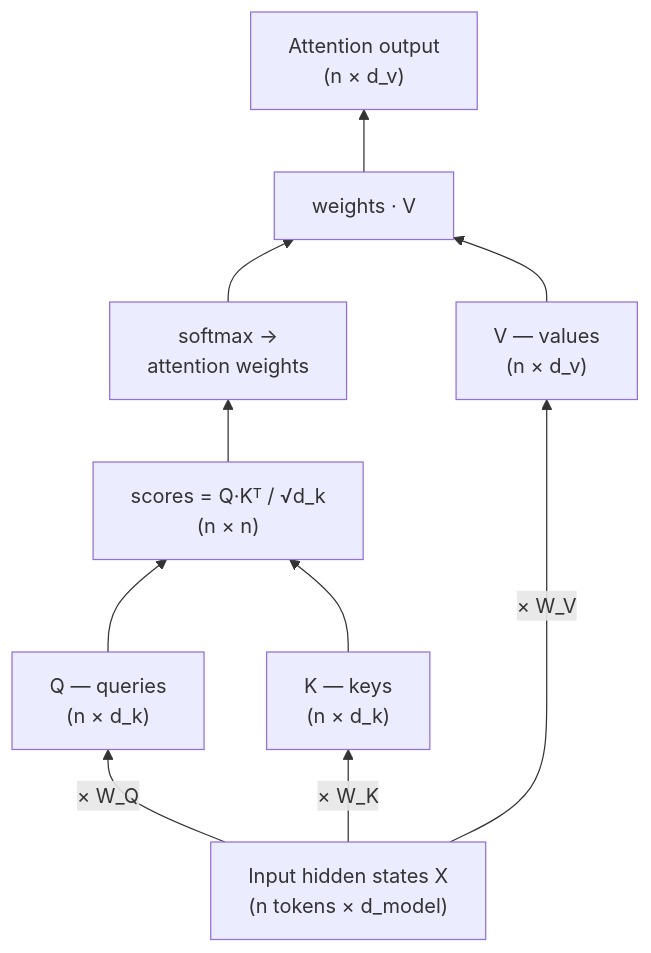
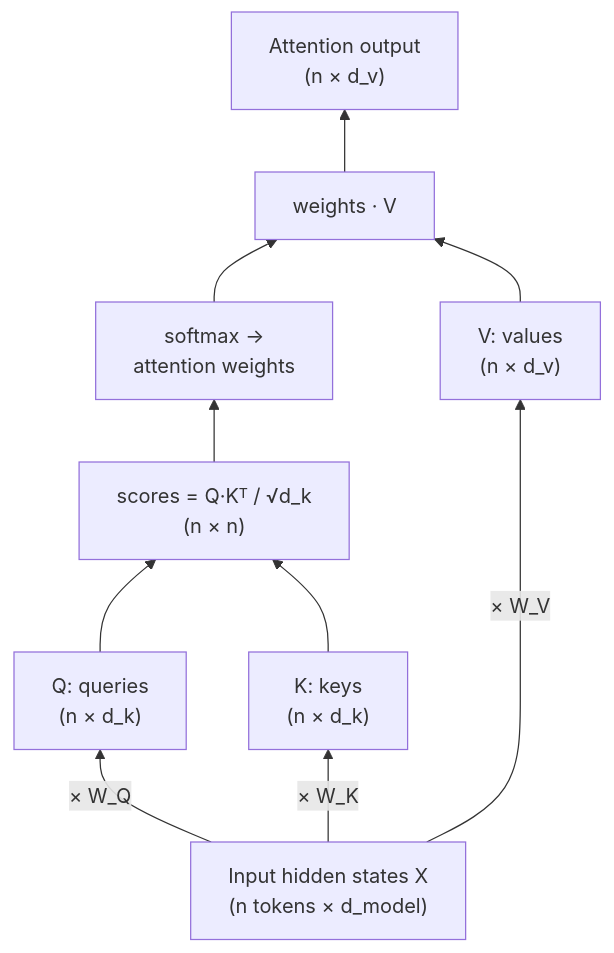
One commit to hyunwonch/hyunwonch.github.io changed the second of 9 diagrams in _posts/2026-08-19-evolution-of-attention.md. Above: the diagram before and after it, drawn with Mermaid. The commit also changed other lines of this file, not shown here.

````diff
--- a/_posts/2026-08-19-evolution-of-attention.md
+++ b/_posts/2026-08-19-evolution-of-attention.md
@@ -74,13 +74,13 @@
 ```mermaid
 %%{init: {'flowchart': {'useMaxWidth': false}}}%%
 graph BT
-    X["Input hidden states X<br>(n tokens × d_model)"] -->|"× W_Q"| Q["Q — queries<br>(n × d_k)"]
-    X -->|"× W_K"| K["K — keys<br>(n × d_k)"]
-    X -->|"× W_V"| V["V — values<br>(n × d_v)"]
+    X["Input hidden states X<br>(n tokens × d_model)"] -->|"× W_Q"| Q["Q: queries<br>(n × d_k)"]
+    X -->|"× W_K"| K["K: keys<br>(n × d_k)"]
+    X -->|"× W_V"| V["V: values<br>(n × d_v)"]
     Q --> S["scores = Q·Kᵀ / √d_k<br>(n × n)"]
     K --> S
     S --> SM["softmax →<br>attention weights"]
     SM --> O["weights · V"]
     V --> O
     O --> OUT["Attention output<br>(n × d_v)"]
 ```
````
